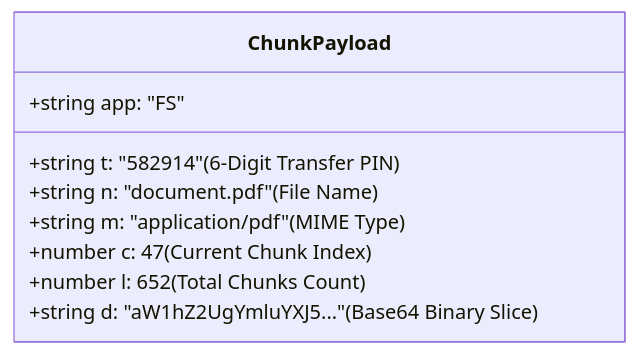
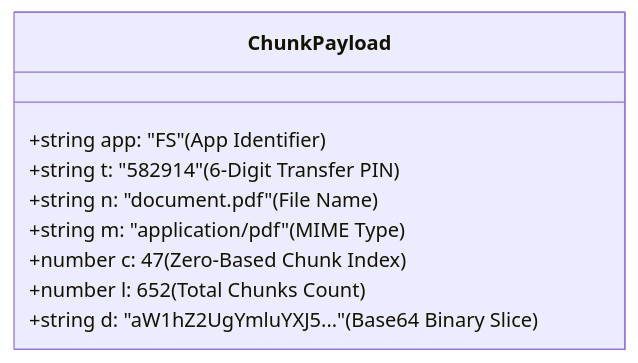
One commit to sujalkathait93-lab/frameshare changed the third of 3 diagrams in README.md. Above: the diagram before and after it, drawn with Mermaid. The commit also changed other lines of this file and 2 other files, not shown here.

Commit message:
feat: complete cancellation, 100% stop, reuse send again & zero server storage fix

````diff
--- a/README.md
+++ b/README.md
@@ -93,12 +114,12 @@
 ```mermaid
 classDiagram
     class ChunkPayload {
-        +string app: "FS"
+        +string app: "FS" (App Identifier)
         +string t: "582914" (6-Digit Transfer PIN)
         +string n: "document.pdf" (File Name)
         +string m: "application/pdf" (MIME Type)
-        +number c: 47 (Current Chunk Index)
+        +number c: 47 (Zero-Based Chunk Index)
         +number l: 652 (Total Chunks Count)
         +string d: "aW1hZ2UgYmluYXJ5..." (Base64 Binary Slice)
     }
 ```
````
